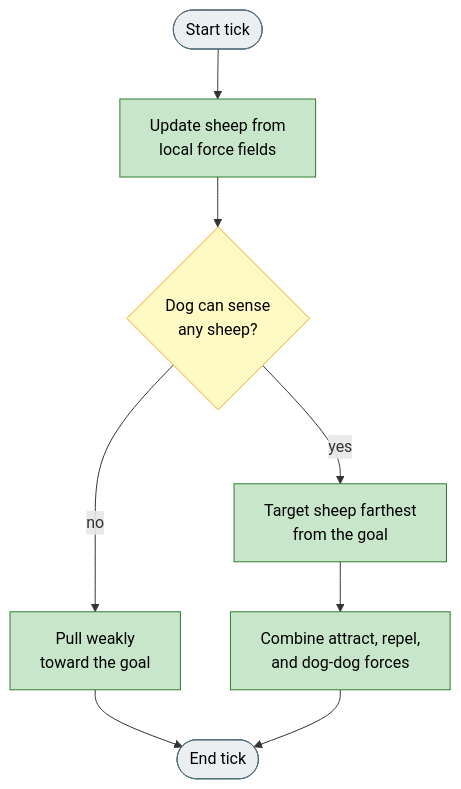
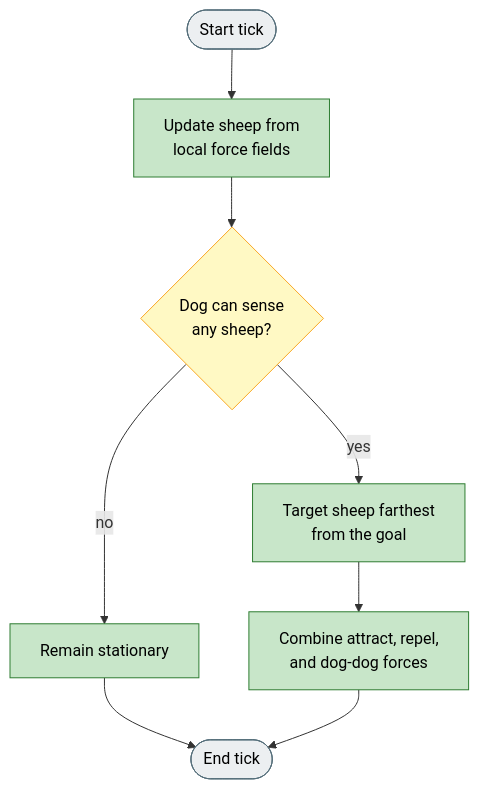
Before and after one commit to lykimq/HerdSim: the diagram in docs/research/algorithms/kubo_2022.md, drawn with Mermaid. The commit also changed other lines of this file and 44 other files, not shown here.

````diff
--- a/docs/research/algorithms/kubo_2022.md
+++ b/docs/research/algorithms/kubo_2022.md
@@ -24,26 +24,26 @@
 ```mermaid
 flowchart TD
   startNode(["Start tick"])
   sheep["Update sheep from<br/>local force fields"]
   dogSense{"Dog can sense<br/>any sheep?"}
-  weak["Pull weakly<br/>toward the goal"]
+  idle["Remain stationary"]
   target["Target sheep farthest<br/>from the goal"]
   dogForces["Combine attract, repel,<br/>and dog-dog forces"]
   done(["End tick"])
 
   startNode --> sheep
   sheep --> dogSense
-  dogSense -->|no| weak
+  dogSense -->|no| idle
   dogSense -->|yes| target
   target --> dogForces
-  weak --> done
+  idle --> done
   dogForces --> done
 
   classDef question fill:#fff9c4,stroke:#f9a825,color:#000000
   classDef domain fill:#c8e6c9,stroke:#2e7d32,color:#000000
   classDef start fill:#eceff1,stroke:#546e7a,color:#000000
 
   class startNode,done start
   class dogSense question
-  class sheep,weak,target,dogForces domain
+  class sheep,idle,target,dogForces domain
 ```
````
